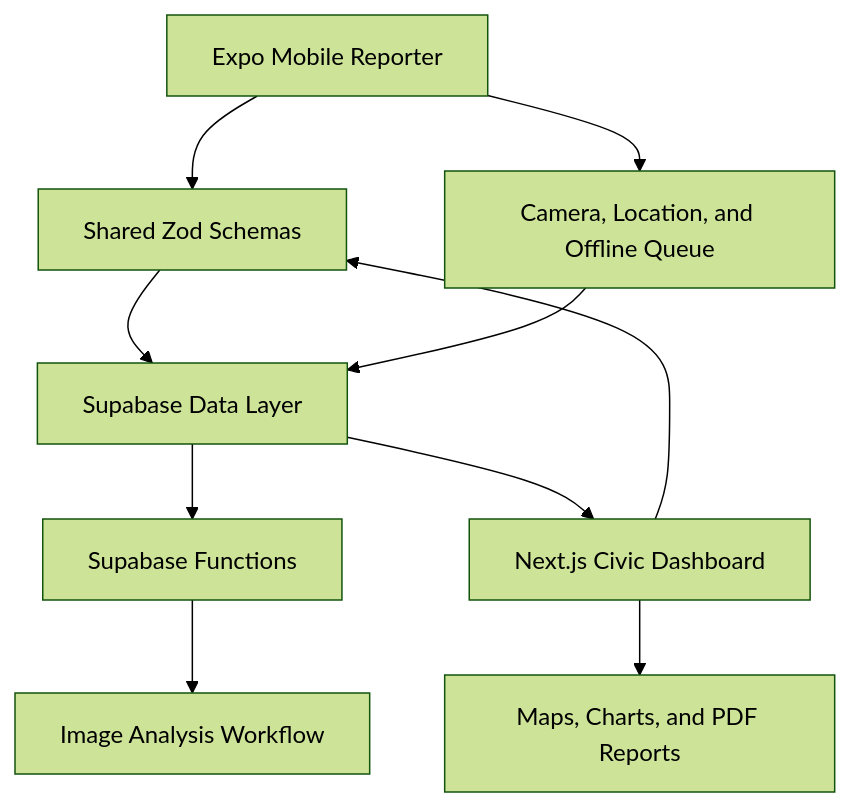
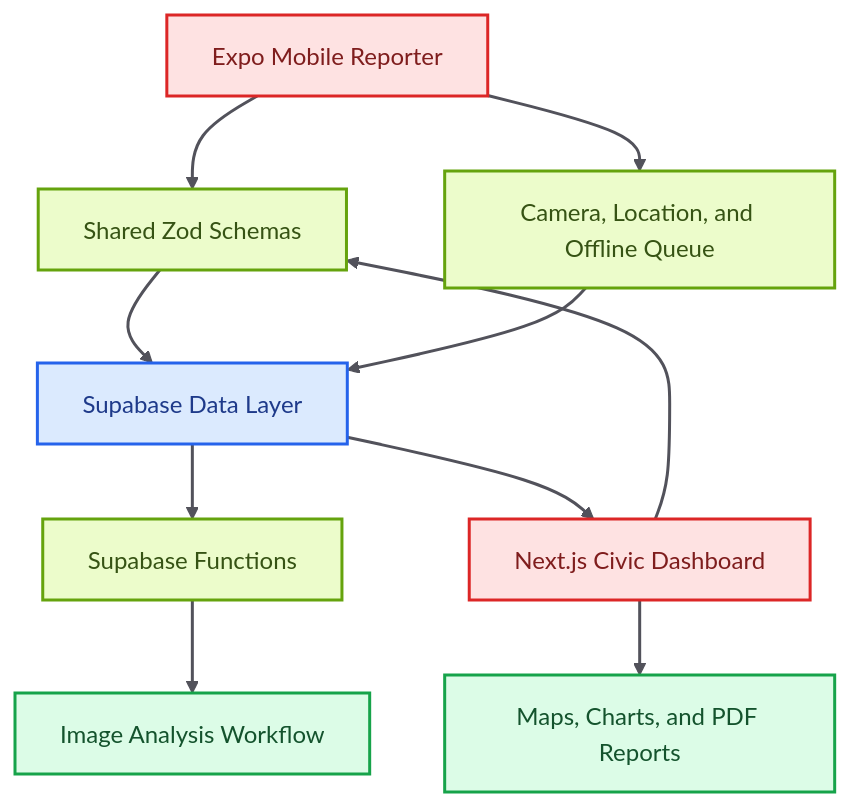
The diagram in README.md (skx56/CivicSight-AI), drawn with Mermaid (forest theme) before and after one commit.

Commit message:
Colorize README architecture diagram

````diff
--- a/README.md
+++ b/README.md
@@ -31,12 +31,23 @@
 ```mermaid
 flowchart TD
   Mobile["Expo Mobile Reporter"] --> Shared["Shared Zod Schemas"]
   Web["Next.js Civic Dashboard"] --> Shared
   Shared --> Supabase["Supabase Data Layer"]
   Mobile --> Capture["Camera, Location, and Offline Queue"]
   Capture --> Supabase
   Supabase --> Functions["Supabase Functions"]
   Functions --> Analysis["Image Analysis Workflow"]
   Supabase --> Web
   Web --> Reports["Maps, Charts, and PDF Reports"]
+
+  classDef inputs fill:#FEE2E2,stroke:#DC2626,color:#7F1D1D,stroke-width:2px;
+  classDef process fill:#ECFCCB,stroke:#65A30D,color:#365314,stroke-width:2px;
+  classDef data fill:#DBEAFE,stroke:#2563EB,color:#1E3A8A,stroke-width:2px;
+  classDef agent fill:#FAE8FF,stroke:#C026D3,color:#701A75,stroke-width:2px;
+  classDef output fill:#DCFCE7,stroke:#16A34A,color:#14532D,stroke-width:2px;
+  class Mobile,Web inputs;
+  class Shared,Capture,Functions process;
+  class Supabase data;
+  class Analysis,Reports output;
+  linkStyle default stroke:#52525B,stroke-width:2px;
 ```
````
